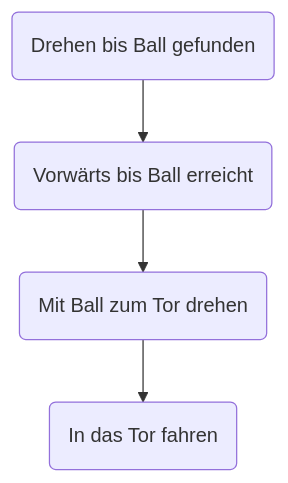
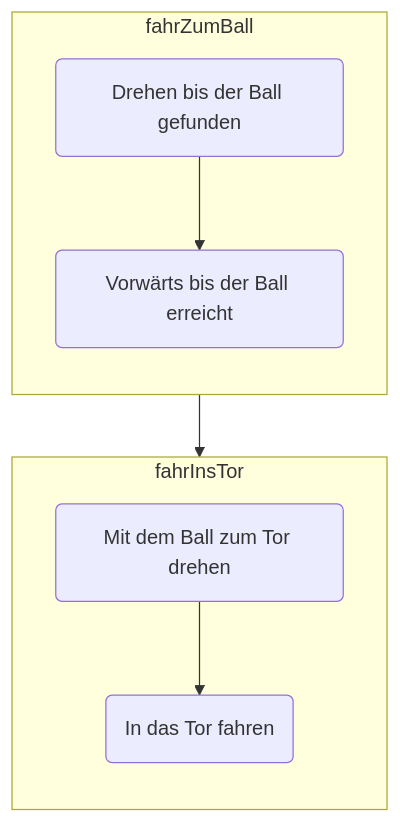
Before and after one commit to SFZ-Soccer/robot-LS: the diagram in README.md, drawn with Mermaid.

Commit message:
PAP zu 2 Programmteilen passend gemacht

````diff
--- a/README.md
+++ b/README.md
@@ -7,10 +7,16 @@
 ```mermaid
-flowchart TD
-    d1(Drehen bis Ball gefunden)
-    d2(Vorwärts bis Ball erreicht)
-    d3(Mit Ball zum Tor drehen)
-    d4(In das Tor fahren)
-    d1 --> d2
-    d2 --> d3
-    d3 --> d4
+flowchart TB
+    subgraph fahrZumBall
+        direction TB
+        d1(Drehen bis der Ball gefunden)
+        d2(Vorwärts bis der Ball erreicht)
+        d1 --> d2
+    end
+    subgraph fahrInsTor
+        direction TB
+        d3(Mit dem Ball zum Tor drehen)
+        d4(In das Tor fahren)
+        d3 --> d4
+    end
+    fahrZumBall --> fahrInsTor
 ```
````
